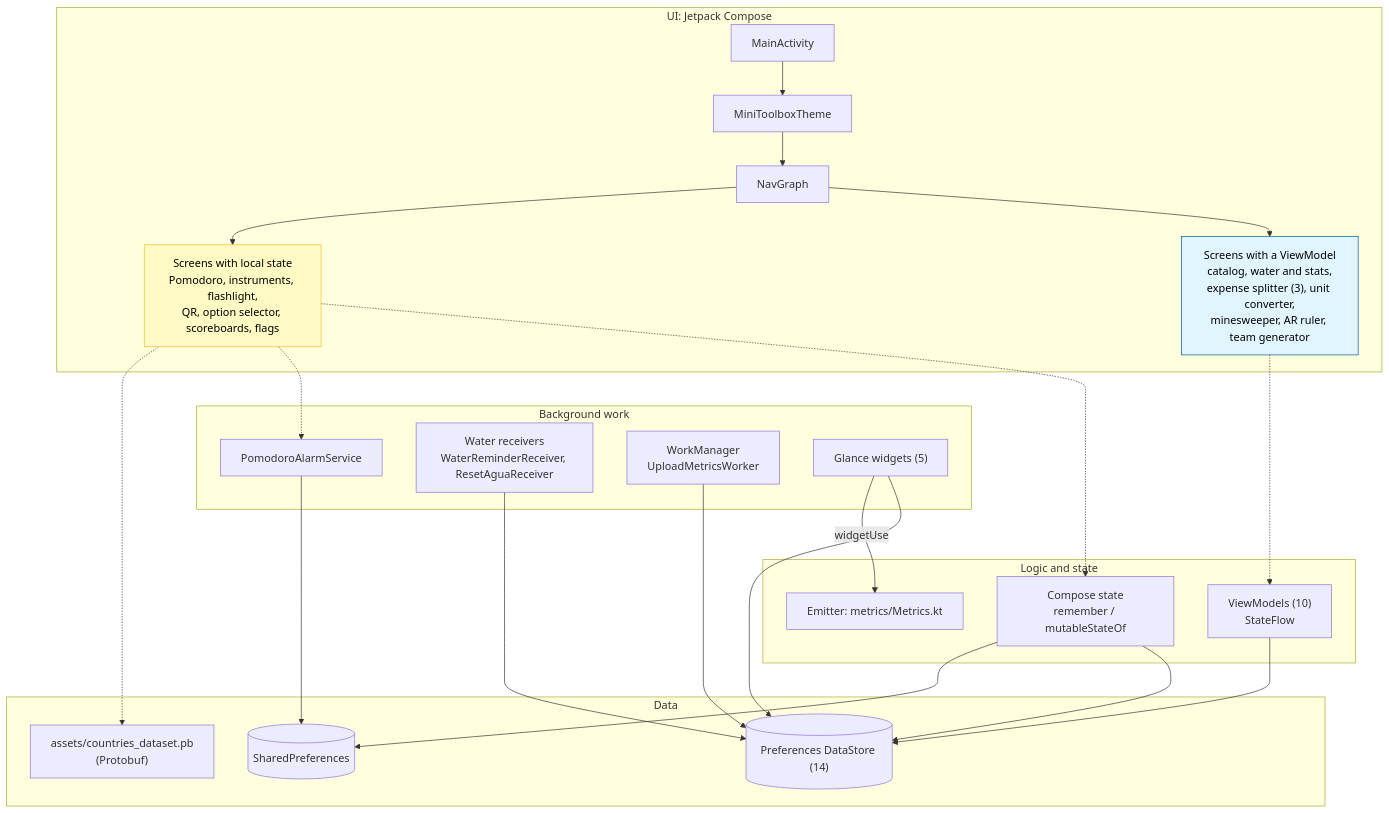
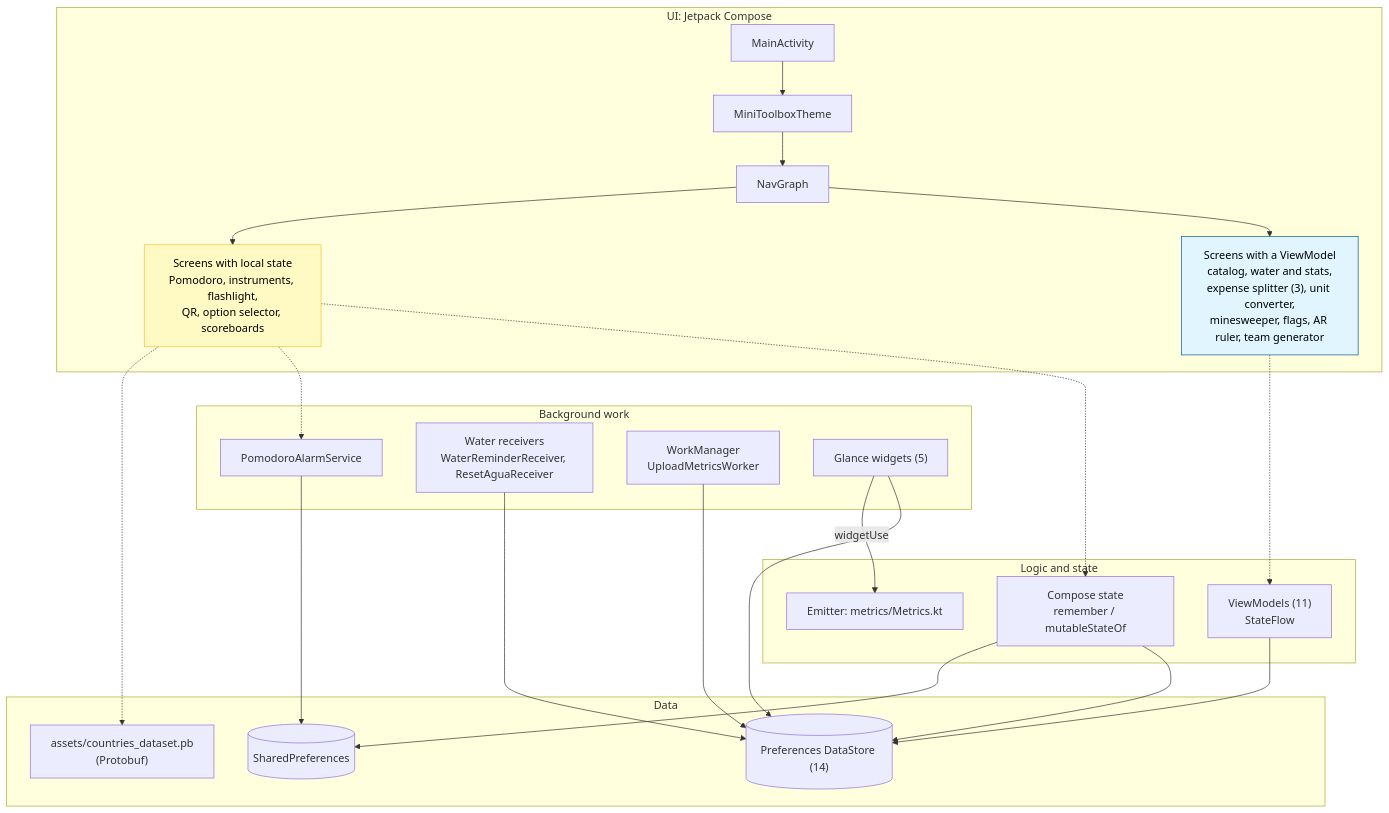
The first of 4 diagrams in docs/architecture.en.md (JoaquinSasso/MiniToolbox), drawn with Mermaid before and after one commit. The commit also changed other lines of this file and 15 other files, not shown here.

````diff
--- a/docs/architecture.en.md
+++ b/docs/architecture.en.md
@@ -22,43 +22,43 @@
 ```mermaid
 flowchart TD
     subgraph UI [UI: Jetpack Compose]
         MA[MainActivity] --> MT[MiniToolboxTheme]
         MT --> NG[NavGraph]
-        NG --> VMS["Screens with a ViewModel<br/>catalog, water and stats,<br/>expense splitter (3), unit converter,<br/>minesweeper, AR ruler, team generator"]
-        NG --> LSS["Screens with local state<br/>Pomodoro, instruments, flashlight,<br/>QR, option selector, scoreboards, flags"]
+        NG --> VMS["Screens with a ViewModel<br/>catalog, water and stats,<br/>expense splitter (3), unit converter,<br/>minesweeper, flags, AR ruler, team generator"]
+        NG --> LSS["Screens with local state<br/>Pomodoro, instruments, flashlight,<br/>QR, option selector, scoreboards"]
         style VMS fill:#e1f5fe,stroke:#01579b,color:#000
         style LSS fill:#fff9c4,stroke:#fbc02d,color:#000
     end
 
     subgraph Logic [Logic and state]
-        VM["ViewModels (10)<br/>StateFlow"]
+        VM["ViewModels (11)<br/>StateFlow"]
         CS["Compose state<br/>remember / mutableStateOf"]
         MET["Emitter: metrics/Metrics.kt"]
     end
 
     subgraph Background [Background work]
         PAS[PomodoroAlarmService]
         AR["Water receivers<br/>WaterReminderReceiver, ResetAguaReceiver"]
         WM["WorkManager<br/>UploadMetricsWorker"]
         GW["Glance widgets (5)"]
     end
 
     subgraph Data [Data]
         DS[("Preferences DataStore (14)")]
         SP[("SharedPreferences")]
         PB["assets/countries_dataset.pb<br/>(Protobuf)"]
     end
 
     VMS -.-> VM
     LSS -.-> CS
     VM --> DS
     CS --> DS
     CS --> SP
     LSS -.-> PAS
     PAS --> SP
     AR --> DS
     WM --> DS
     GW --> DS
     LSS -.-> PB
     GW -->|widgetUse| MET
 ```
````
